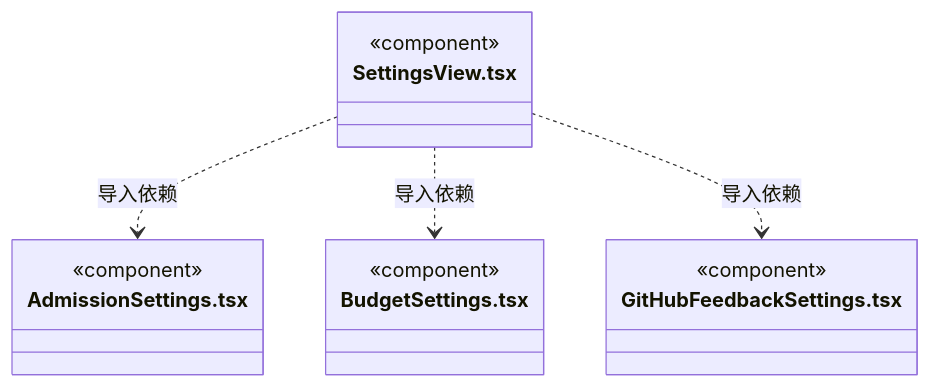
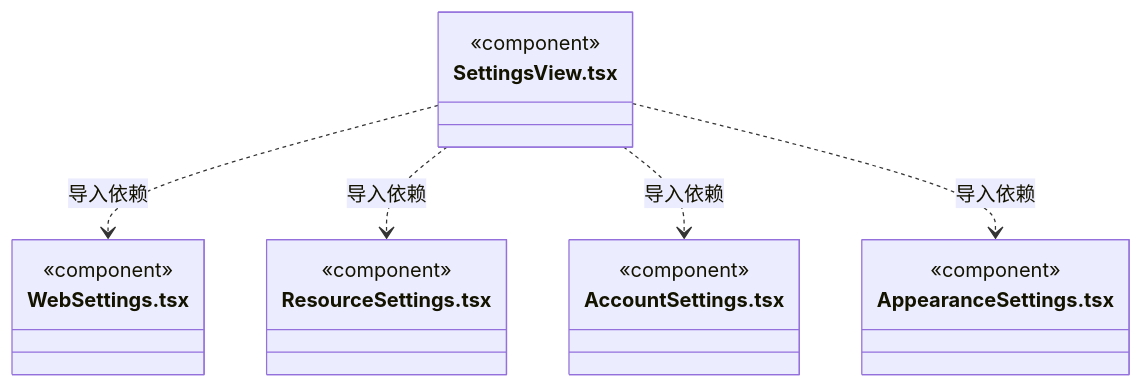
Diagram 30 of 33 in src/view/settings/ARCHITECTURE.md (nan023062/cbim), drawn with Mermaid before and after one commit. The commit also changed other lines of this file and 25 other files, not shown here.

````diff
--- a/src/view/settings/ARCHITECTURE.md
+++ b/src/view/settings/ARCHITECTURE.md
@@ -262,18 +474,22 @@
 ```mermaid
 classDiagram
 class N_src_view_settings_SettingsView_tsx["SettingsView.tsx"] {
   <<component>>
 }
-class N_src_view_settings_AdmissionSettings_tsx["AdmissionSettings.tsx"] {
+class N_src_view_settings_WebSettings_tsx["WebSettings.tsx"] {
   <<component>>
 }
-class N_src_view_settings_BudgetSettings_tsx["BudgetSettings.tsx"] {
+class N_src_view_settings_ResourceSettings_tsx["ResourceSettings.tsx"] {
   <<component>>
 }
-class N_src_view_settings_GitHubFeedbackSettings_tsx["GitHubFeedbackSettings.tsx"] {
+class N_src_view_settings_AccountSettings_tsx["AccountSettings.tsx"] {
   <<component>>
 }
-N_src_view_settings_SettingsView_tsx ..> N_src_view_settings_AdmissionSettings_tsx : 导入依赖
-N_src_view_settings_SettingsView_tsx ..> N_src_view_settings_BudgetSettings_tsx : 导入依赖
-N_src_view_settings_SettingsView_tsx ..> N_src_view_settings_GitHubFeedbackSettings_tsx : 导入依赖
+class N_src_view_settings_AppearanceSettings_tsx["AppearanceSettings.tsx"] {
+  <<component>>
+}
+N_src_view_settings_SettingsView_tsx ..> N_src_view_settings_WebSettings_tsx : 导入依赖
+N_src_view_settings_SettingsView_tsx ..> N_src_view_settings_ResourceSettings_tsx : 导入依赖
+N_src_view_settings_SettingsView_tsx ..> N_src_view_settings_AccountSettings_tsx : 导入依赖
+N_src_view_settings_SettingsView_tsx ..> N_src_view_settings_AppearanceSettings_tsx : 导入依赖
 ```
````
